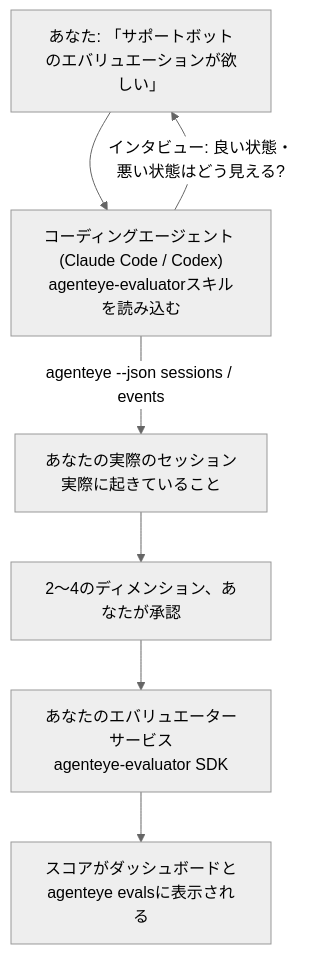
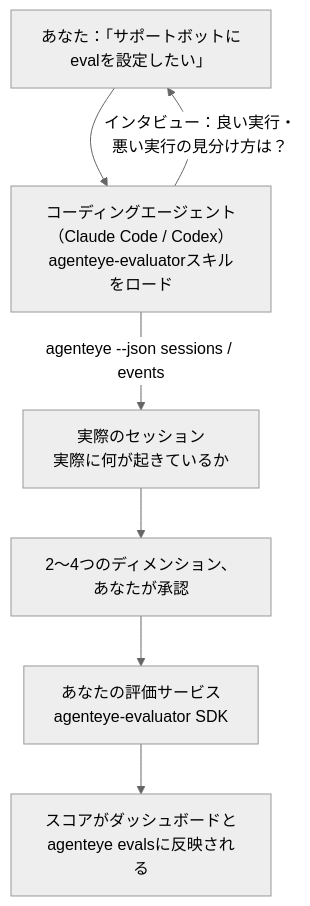
The diagram in docs/ja/agenteye/evaluator-skill.mdx (FailproofAI/failproofai), drawn with Mermaid (neutral theme) before and after one commit. The commit also changed other lines of this file and 650 other files, not shown here.

````diff
--- a/docs/ja/agenteye/evaluator-skill.mdx
+++ b/docs/ja/agenteye/evaluator-skill.mdx
@@ -21,9 +21,9 @@
 ```mermaid
 flowchart TD
-    YOU["あなた: 「サポートボットのエバリュエーションが欲しい」"] --> AGENT["コーディングエージェント (Claude Code / Codex)<br/>agenteye-evaluatorスキルを読み込む"]
-    AGENT -->|"インタビュー: 良い状態・悪い状態はどう見える?"| YOU
-    AGENT -->|"agenteye --json sessions / events"| DATA["あなたの実際のセッション<br/>実際に起きていること"]
-    DATA --> DIMS["2〜4のディメンション、あなたが承認"]
-    DIMS --> SVC["あなたのエバリュエーターサービス<br/>agenteye-evaluator SDK"]
-    SVC --> SCORES["スコアがダッシュボードと<br/>agenteye evalsに表示される"]
+    YOU["あなた：「サポートボットにevalを設定したい」"] --> AGENT["コーディングエージェント（Claude Code / Codex）<br/>agenteye-evaluatorスキルをロード"]
+    AGENT -->|"インタビュー：良い実行・悪い実行の見分け方は？"| YOU
+    AGENT -->|"agenteye --json sessions / events"| DATA["実際のセッション<br/>実際に何が起きているか"]
+    DATA --> DIMS["2〜4つのディメンション、あなたが承認"]
+    DIMS --> SVC["あなたの評価サービス<br/>agenteye-evaluator SDK"]
+    SVC --> SCORES["スコアがダッシュボードと<br/>agenteye evalsに反映される"]
 ```
````
